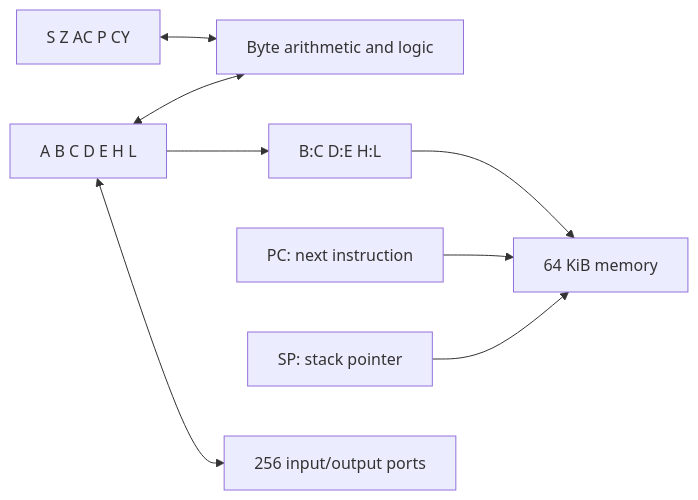
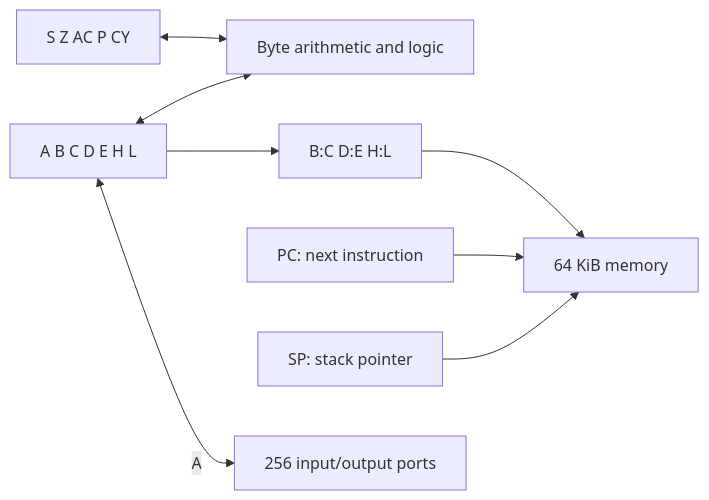
The diagram in src/components/cpus/specifications/8080.md (jtauber/dromaios), drawn with Mermaid before and after one commit. The commit also changed other lines of this file and 1 other file, not shown here.

````diff
--- a/src/components/cpus/specifications/8080.md
+++ b/src/components/cpus/specifications/8080.md
@@ -51,10 +136,10 @@
 ```mermaid
 flowchart LR
   registers["A B C D E H L"] <--> alu["Byte arithmetic and logic"]
   flags["S Z AC P CY"] <--> alu
   registers --> pairs["B:C D:E H:L"]
   pairs --> memory["64 KiB memory"]
   pc["PC: next instruction"] --> memory
   sp["SP: stack pointer"] --> memory
-  registers <--> ports["256 input/output ports"]
+  registers <-->|A| ports["256 input/output ports"]
 ```
````
